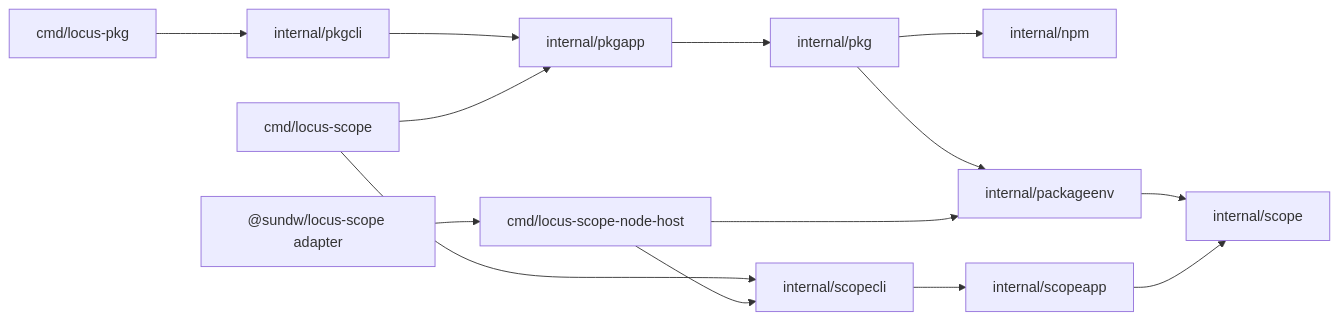
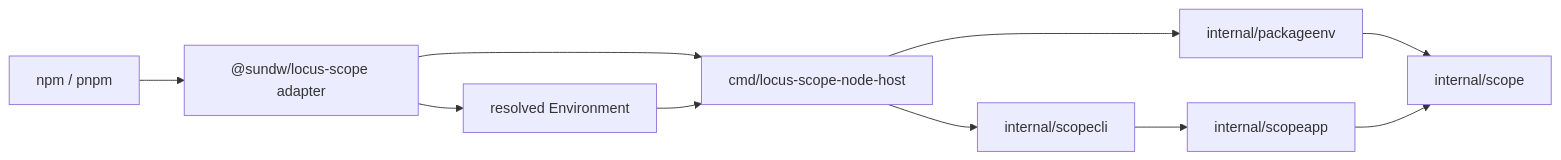
One commit to SWdrift/locus-scope changed the diagram in documents/current-architecture.md. Above: the diagram before and after it, drawn with Mermaid. The commit also changed other lines of this file and 26 other files, not shown here.

````diff
--- a/documents/current-architecture.md
+++ b/documents/current-architecture.md
@@ -50,16 +40,12 @@
 ```mermaid
 flowchart LR
-    LP[cmd/locus-pkg] --> PC[internal/pkgcli]
-    PC --> PA[internal/pkgapp]
-    PA --> P[internal/pkg]
-    P --> N[internal/npm]
-    P --> PE[internal/packageenv]
-    PE --> S[internal/scope]
-    SC[cmd/locus-scope] --> PA
-    SC --> CLI[internal/scopecli]
-    H[cmd/locus-scope-node-host] --> PE
-    H --> CLI
+    PM[npm / pnpm] --> JS["@sundw/locus-scope adapter"]
+    JS --> H[cmd/locus-scope-node-host]
+    JS --> PE[resolved Environment]
+    PE --> H
+    H --> ENV[internal/packageenv]
+    H --> CLI[internal/scopecli]
     CLI --> APP[internal/scopeapp]
+    ENV --> S[internal/scope]
     APP --> S
-    JS["@sundw/locus-scope adapter"] --> H
 ```
````
